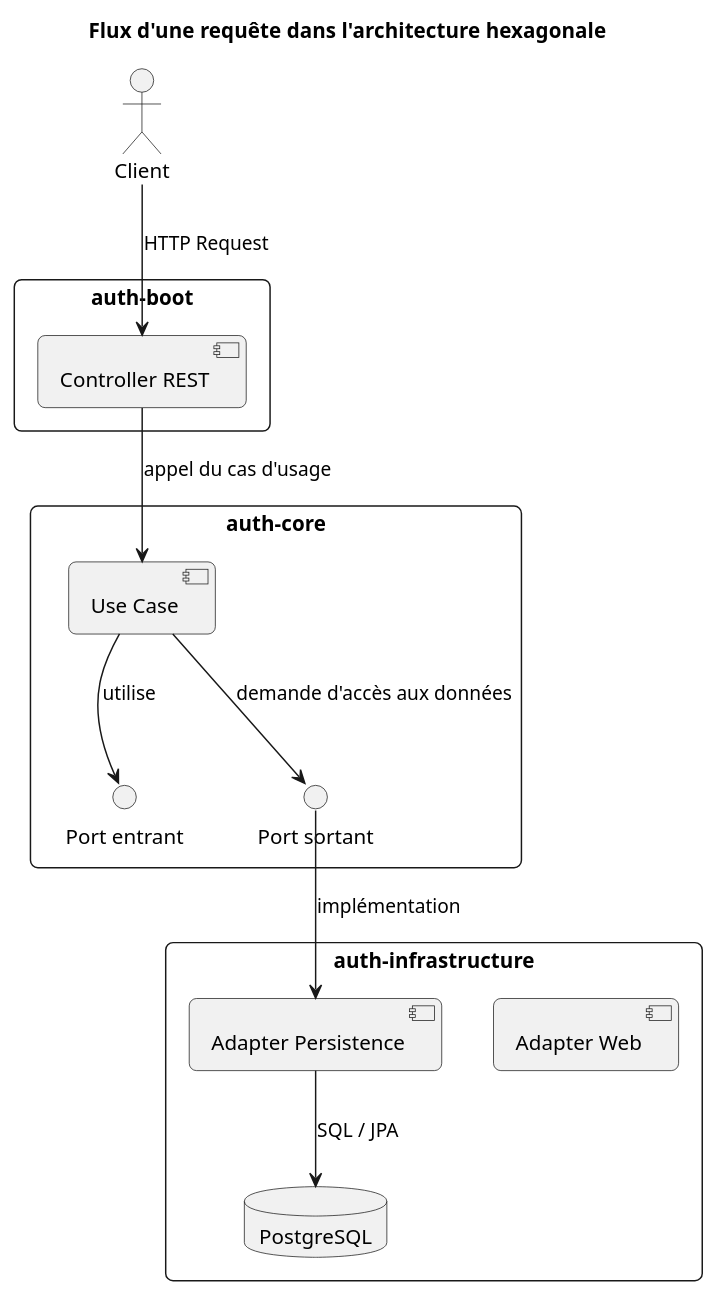
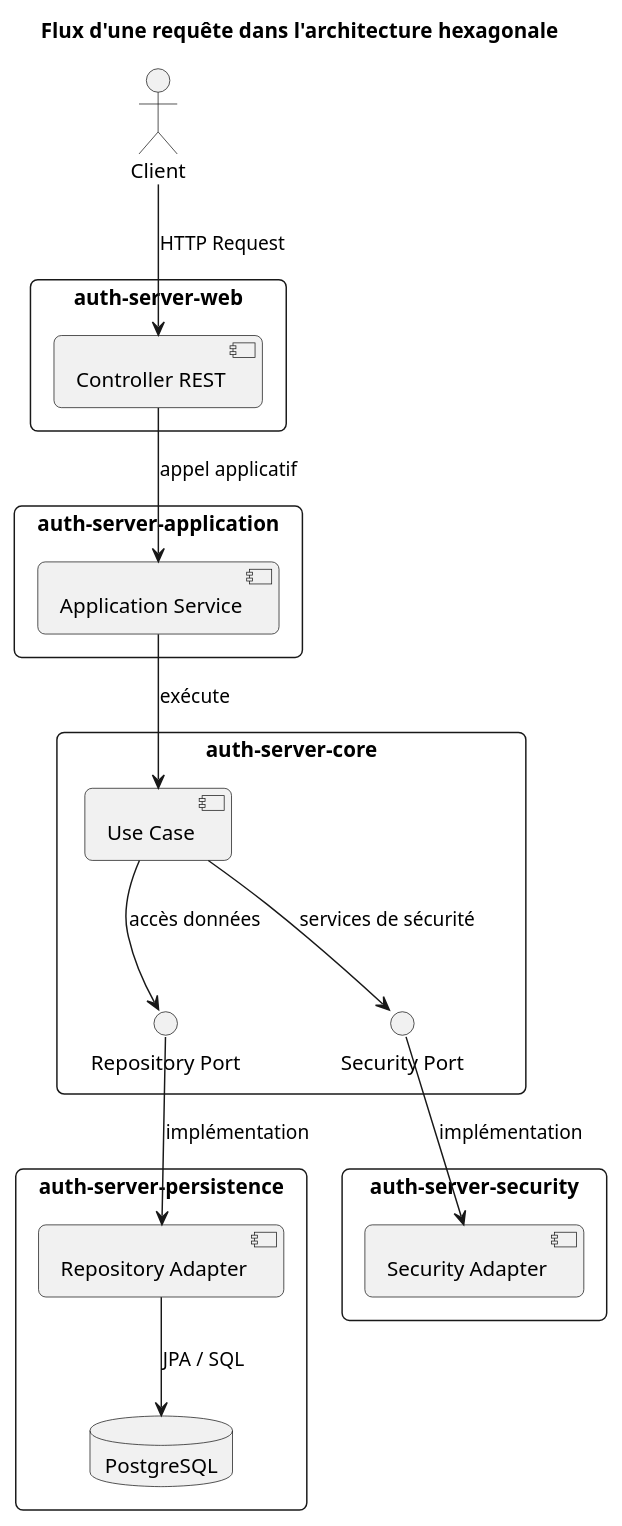
One commit to ThibaultCGI/auth-server changed the diagram in docs/diagrams/hexagonal/application-flow.puml. Above: the diagram before and after it, drawn with PlantUML. The commit also changed 340 other files, not shown here.

Commit message:
[feat] Split des modules et création des modules auth-server-web, auth-server-application, auth-server-security et auth-server-persistence (#17)

```diff
--- a/docs/diagrams/hexagonal/application-flow.puml
+++ b/docs/diagrams/hexagonal/application-flow.puml
@@ -1,32 +1,53 @@
 @startuml
 title Flux d'une requête dans l'architecture hexagonale
 
 skinparam shadowing false
 skinparam roundcorner 10
 
 actor Client
 
-rectangle "auth-boot" {
+rectangle "auth-server-web" {
+
     component "Controller REST" as Controller
 }
 
-rectangle "auth-core" {
-    component "Use Case" as UseCase
-    interface "Port entrant" as InPort
-    interface "Port sortant" as OutPort
+rectangle "auth-server-application" {
+
+    component "Application Service" as Service
 }
 
-rectangle "auth-infrastructure" {
-    component "Adapter Web" as WebAdapter
-    component "Adapter Persistence" as PersistenceAdapter
+rectangle "auth-server-core" {
+
+    component "Use Case" as UseCase
+
+    interface "Repository Port" as RepositoryPort
+    interface "Security Port" as SecurityPort
+}
+
+rectangle "auth-server-persistence" {
+
+    component "Repository Adapter" as RepositoryAdapter
+
     database "PostgreSQL" as PostgreSQL
 }
 
+rectangle "auth-server-security" {
+
+    component "Security Adapter" as SecurityAdapter
+}
+
 Client --> Controller : HTTP Request
-Controller --> UseCase : appel du cas d'usage
-UseCase --> InPort : utilise
-UseCase --> OutPort : demande d'accès aux données
-OutPort --> PersistenceAdapter : implémentation
-PersistenceAdapter --> PostgreSQL : SQL / JPA
+
+Controller --> Service : appel applicatif
+
+Service --> UseCase : exécute
+
+UseCase --> RepositoryPort : accès données
+UseCase --> SecurityPort : services de sécurité
+
+RepositoryPort --> RepositoryAdapter : implémentation
+SecurityPort --> SecurityAdapter : implémentation
+
+RepositoryAdapter --> PostgreSQL : JPA / SQL
 
 @enduml
```
